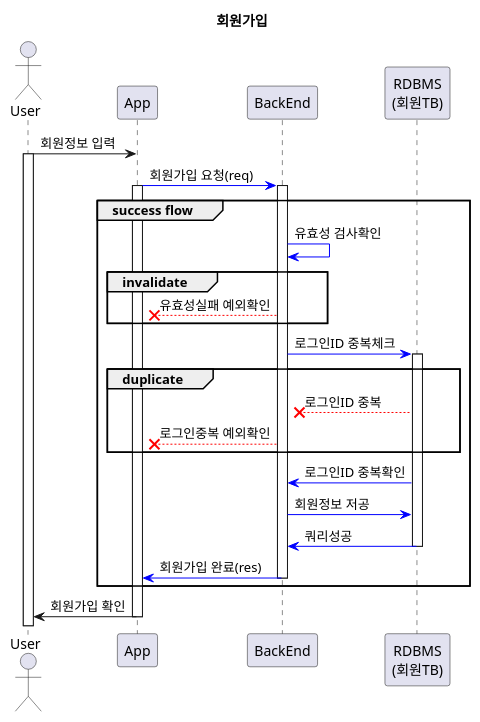
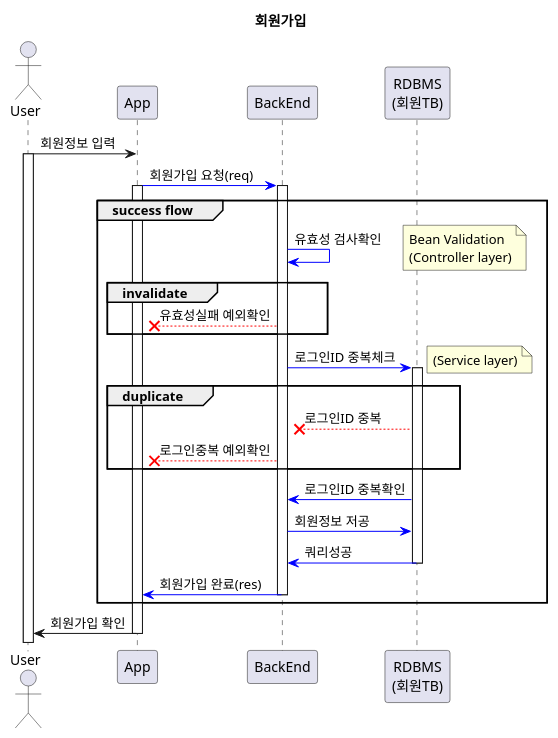
The diagram in Document/user/signup.puml (f-lab-edu/starcoffee), drawn with PlantUML before and after one commit. The commit also changed 3 other files, not shown here.

```diff
--- a/Document/user/signup.puml
+++ b/Document/user/signup.puml
@@ -1,37 +1,39 @@
 @startuml
 title 회원가입
 
 actor "User" as user
 participant "App" as app
 participant "BackEnd" as backend
 participant "RDBMS\n(회원TB)" as db
 
 
 user -> app : 회원정보 입력
 activate user
 
 app -[#blue]> backend : 회원가입 요청(req)
 activate app
 group success flow
     activate backend
     backend -[#blue]> backend : 유효성 검사확인
+    note right : Bean Validation\n(Controller layer)
         group invalidate
             backend --[#red]x app : 유효성실패 예외확인
         end
 
     backend -[#blue]> db : 로그인ID 중복체크
+    note right : (Service layer)
     activate db
         group duplicate
             db --[#red]x backend : 로그인ID 중복
             backend --[#red]x app : 로그인중복 예외확인
         end
     db -[#blue]> backend : 로그인ID 중복확인
     backend -[#blue]> db : 회원정보 저공
     db -[#blue]> backend : 쿼리성공
     deactivate db
     backend -[#blue]> app : 회원가입 완료(res)
     deactivate backend
 end
 app -> user : 회원가입 확인
 deactivate app
 @enduml
```
